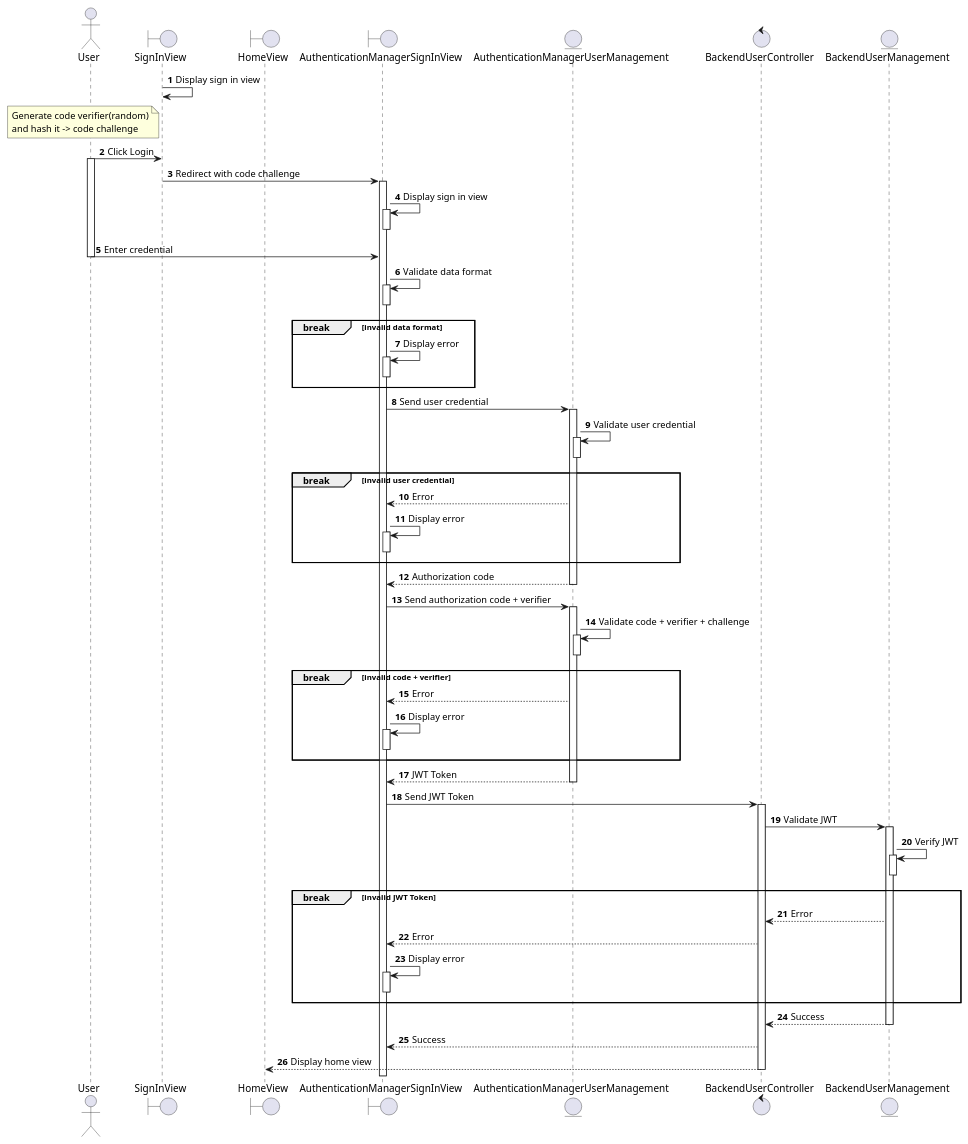
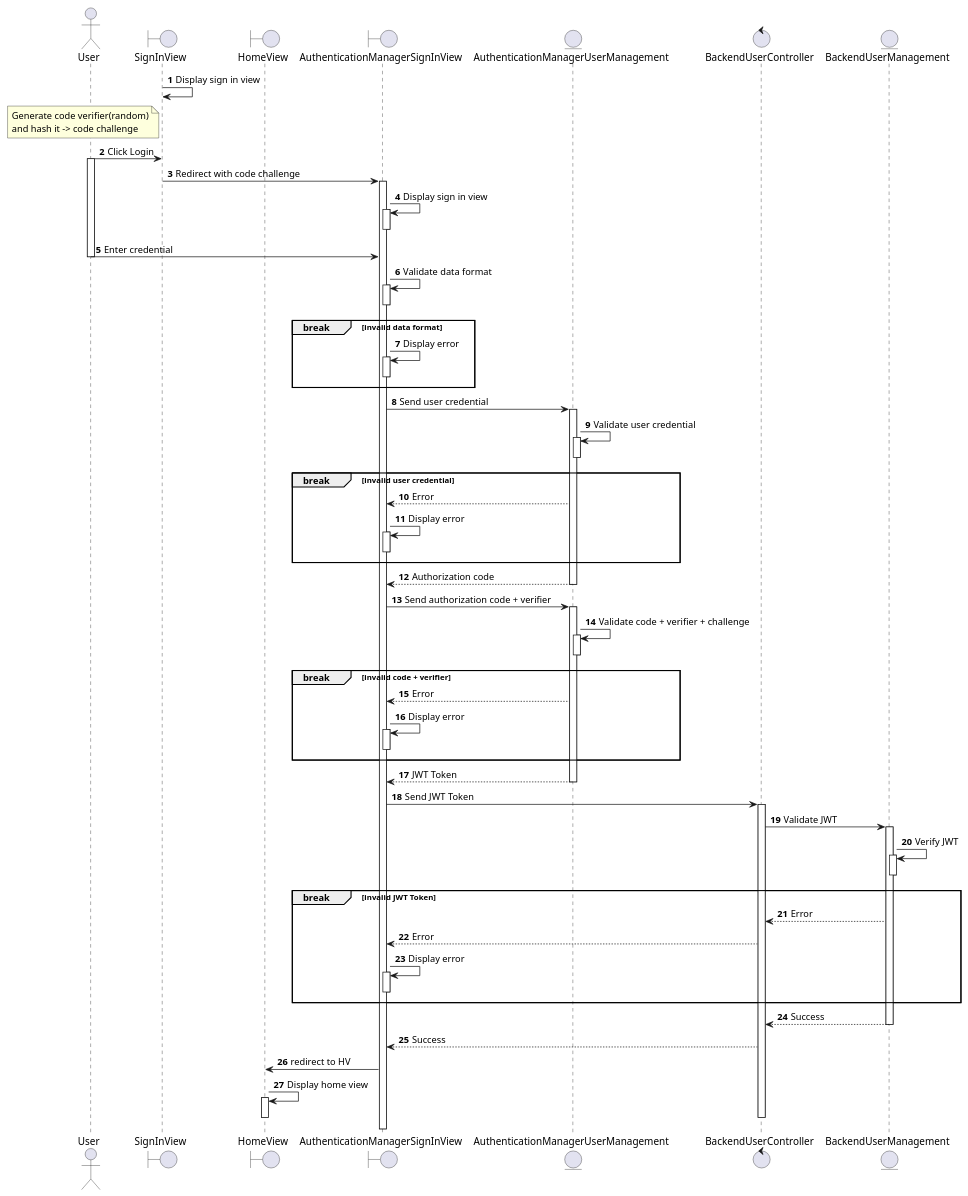
Before and after one commit to electricilies/electricilies.github.io: the first of 2 diagrams in docs/docs/sequence/user-auth.md, drawn with PlantUML. The commit also changed other lines of this file, not shown here.

````diff
--- a/docs/docs/sequence/user-auth.md
+++ b/docs/docs/sequence/user-auth.md
@@ -88,8 +88,10 @@
 BUC <-- BUM: Success
 deactivate BUM
 AMSIV <-- BUC: Success
-HV <-- BUC: Display home view
+HV <- AMSIV: redirect to HV
+HV -> HV: Display home view
+activate HV
+deactivate HV
 deactivate BUC
-deactivate HV
 @enduml
 ```
````
